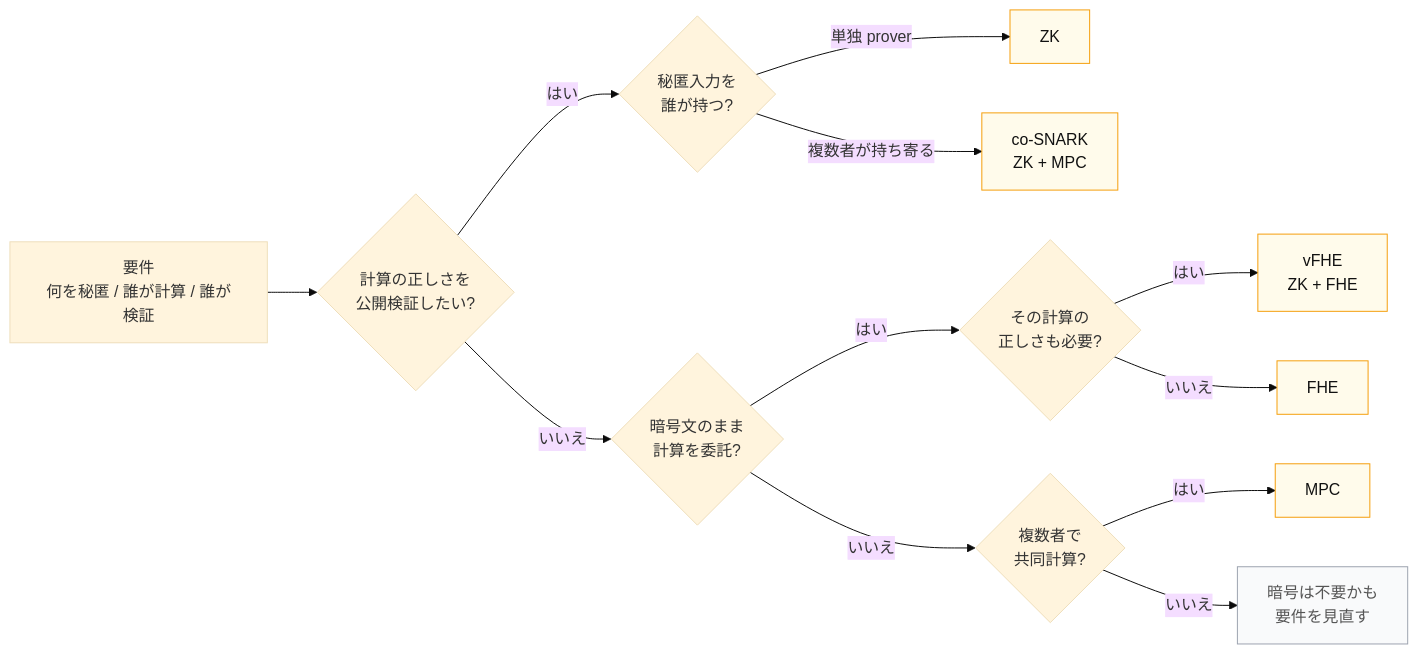
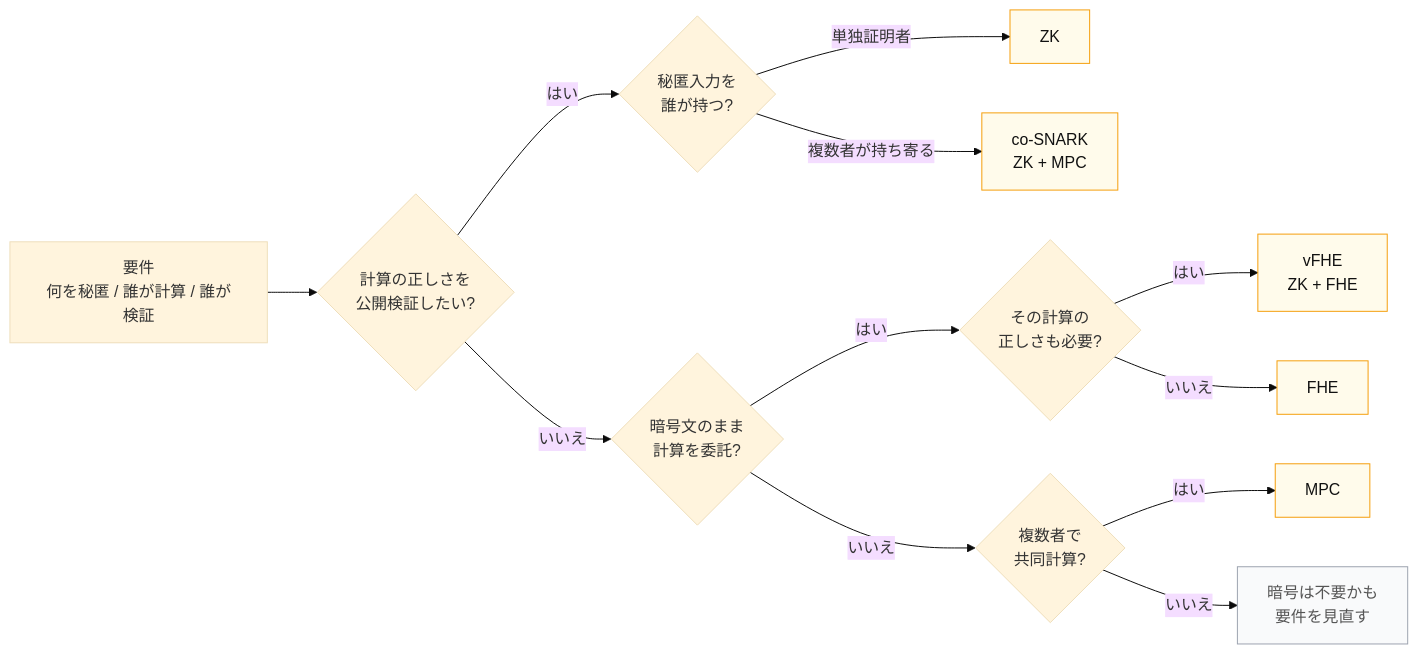
Before and after one commit to zk-tokyo/presentation-agent: the diagram in slides/SL30.md, drawn with Mermaid (base theme). The commit also changed 26 other files, not shown here.

````diff
--- a/slides/SL30.md
+++ b/slides/SL30.md
@@ -9,17 +9,17 @@
 ```mermaid {scale: 0.56, class: 'flex justify-center'}
 flowchart LR
   R["要件<br/>何を秘匿 / 誰が計算 / 誰が検証"] --> Q1{"計算の正しさを<br/>公開検証したい?"}
   Q1 -->|はい| Q2{"秘匿入力を<br/>誰が持つ?"}
   Q1 -->|いいえ| Q3{"暗号文のまま<br/>計算を委託?"}
-  Q2 -->|単独 prover| ZK["ZK"]
+  Q2 -->|単独証明者| ZK["ZK"]
   Q2 -->|複数者が持ち寄る| COS["co-SNARK<br/>ZK + MPC"]
   Q3 -->|はい| Q4{"その計算の<br/>正しさも必要?"}
   Q3 -->|いいえ| Q5{"複数者で<br/>共同計算?"}
   Q4 -->|はい| VFHE["vFHE<br/>ZK + FHE"]
   Q4 -->|いいえ| FHE["FHE"]
   Q5 -->|はい| MPC["MPC"]
   Q5 -->|いいえ| NONE["暗号は不要かも<br/>要件を見直す"]
   classDef p fill:#fffbeb,stroke:#f59e0b,color:#111;
   classDef n fill:#f9fafb,stroke:#9ca3af,color:#555;
   class ZK,COS,VFHE,FHE,MPC p; class NONE n;
 ```
````
